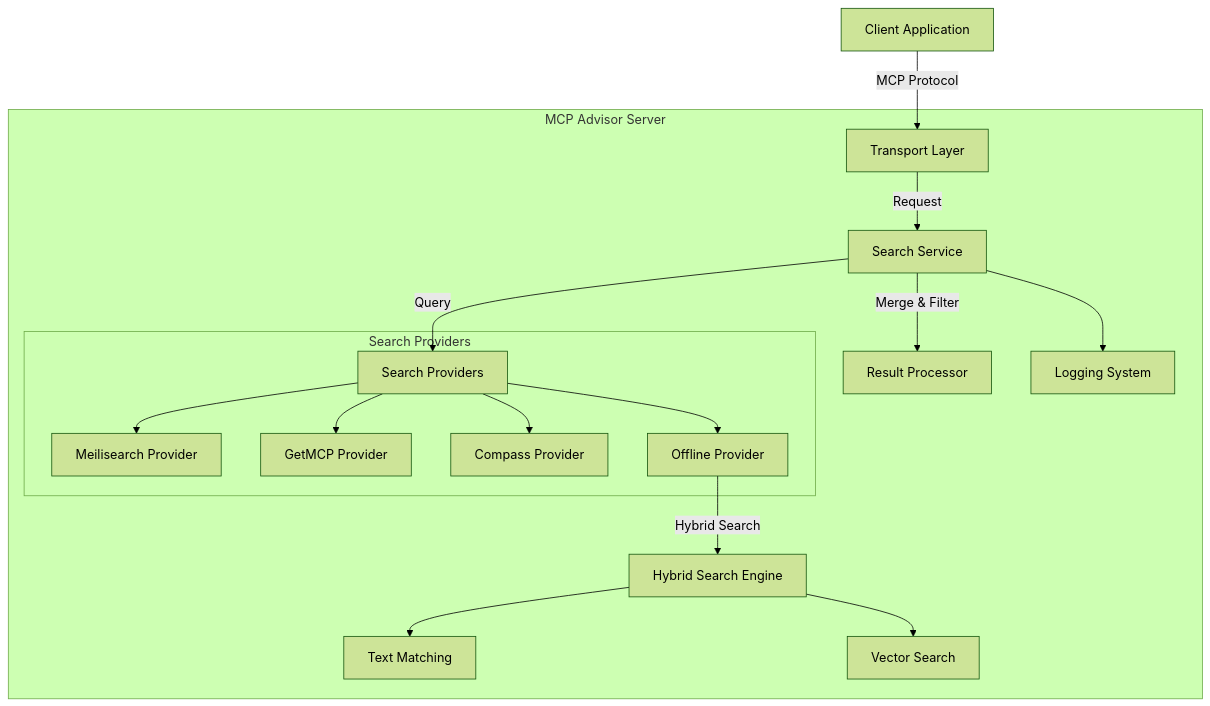
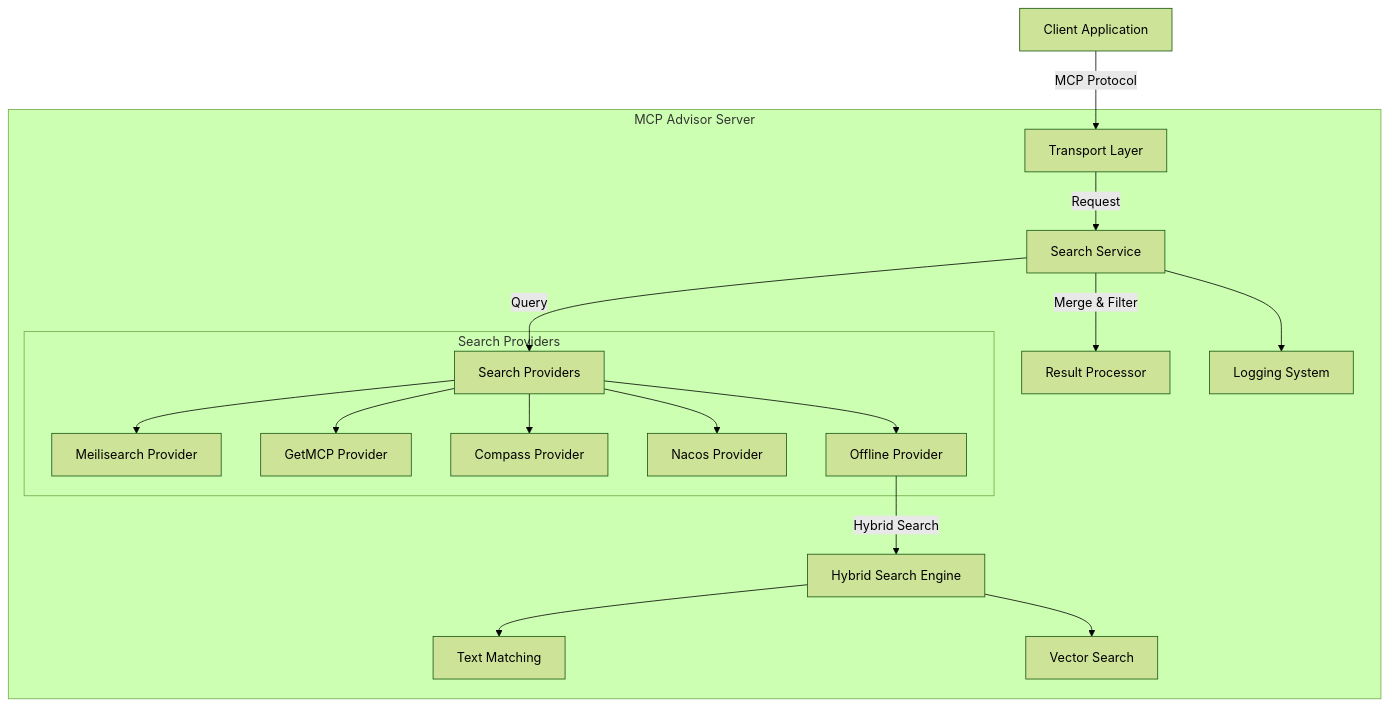
The first of 2 diagrams in README.md (OI-OS/OI-mcpadvisor), drawn with Mermaid (forest theme) before and after one commit. The commit also changed other lines of this file and 14 other files, not shown here.

First line of the commit message:
feat: Add Nacos provider for MCP server discovery

````diff
--- a/README.md
+++ b/README.md
@@ -89,24 +87,25 @@
 ```mermaid
 graph TD
     Client["Client Application"] --> |"MCP Protocol"| Transport["Transport Layer"]
     
     subgraph "MCP Advisor Server"
         Transport --> |"Request"| SearchService["Search Service"]
         SearchService --> |"Query"| Providers["Search Providers"]
         
         subgraph "Search Providers"
             Providers --> MeilisearchProvider["Meilisearch Provider"]
             Providers --> GetMcpProvider["GetMCP Provider"]
             Providers --> CompassProvider["Compass Provider"]
+            Providers --> NacosProvider["Nacos Provider"]
             Providers --> OfflineProvider["Offline Provider"]
         end
         
         OfflineProvider --> |"Hybrid Search"| HybridSearch["Hybrid Search Engine"]
         HybridSearch --> TextMatching["Text Matching"]
         HybridSearch --> VectorSearch["Vector Search"]
         
         SearchService --> |"Merge & Filter"| ResultProcessor["Result Processor"]
         
         SearchService --> Logger["Logging System"]
     end
 ```
````
